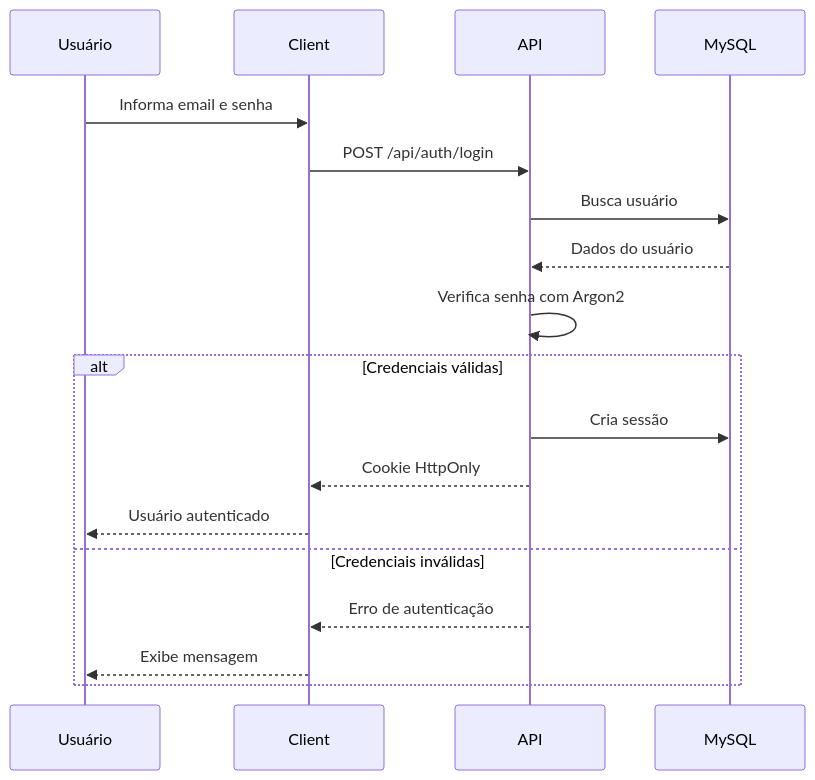
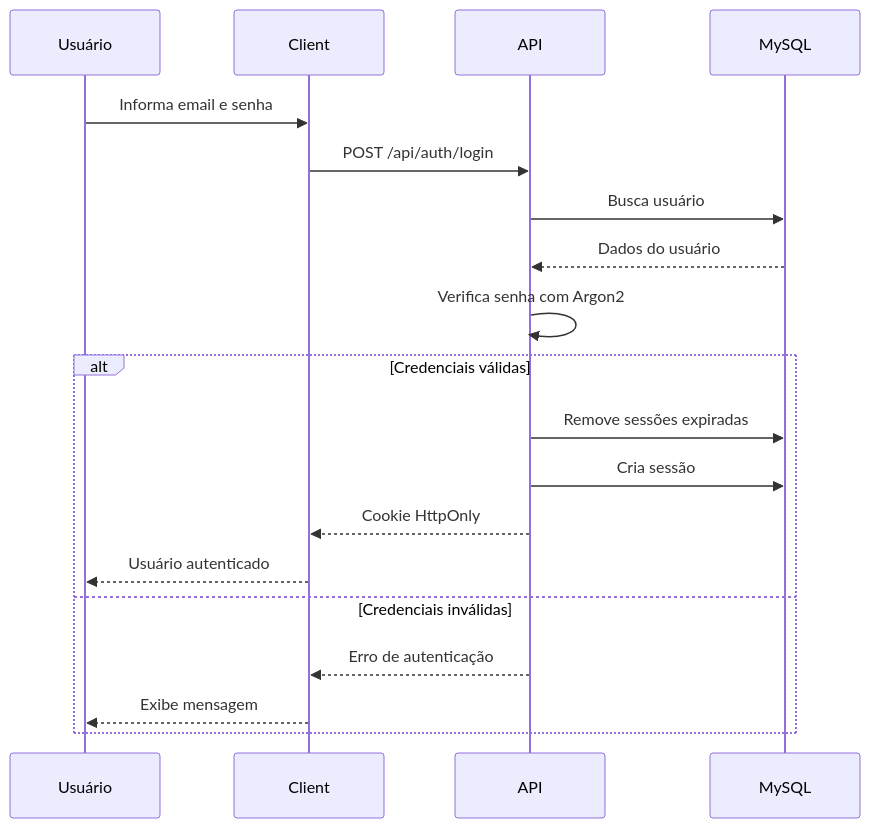
One commit to juniormps/clarity changed the third of 4 diagrams in README.md. Above: the diagram before and after it, drawn with Mermaid. The commit also changed other lines of this file and 1 other file, not shown here.

First line of the commit message:
docs(auth): documenta sessão first-party com SameSite=Lax e limpeza de sessões

````diff
--- a/README.md
+++ b/README.md
@@ -392,20 +392,21 @@
 ```mermaid
 sequenceDiagram
     participant U as Usuário
     participant C as Client
     participant A as API
     participant DB as MySQL
     U->>C: Informa email e senha
     C->>A: POST /api/auth/login
     A->>DB: Busca usuário
     DB-->>A: Dados do usuário
     A->>A: Verifica senha com Argon2
     alt Credenciais válidas
+        A->>DB: Remove sessões expiradas
         A->>DB: Cria sessão
         A-->>C: Cookie HttpOnly
         C-->>U: Usuário autenticado
     else Credenciais inválidas
         A-->>C: Erro de autenticação
         C-->>U: Exibe mensagem
     end
 ```
````
